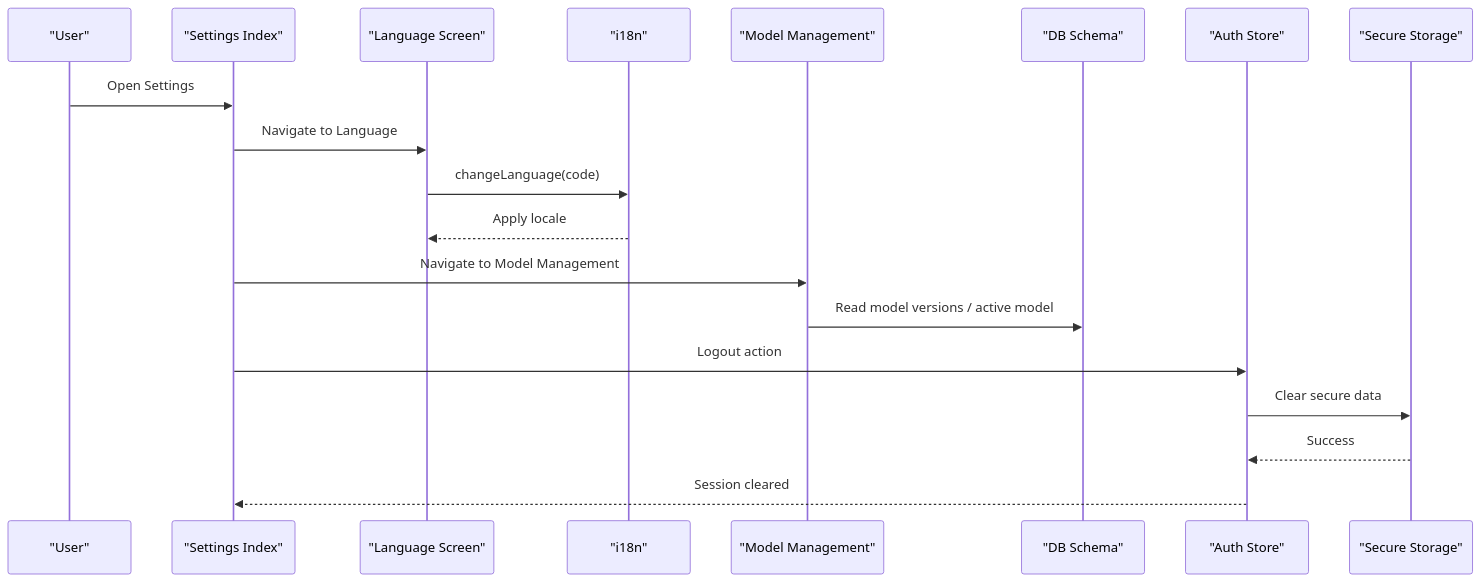
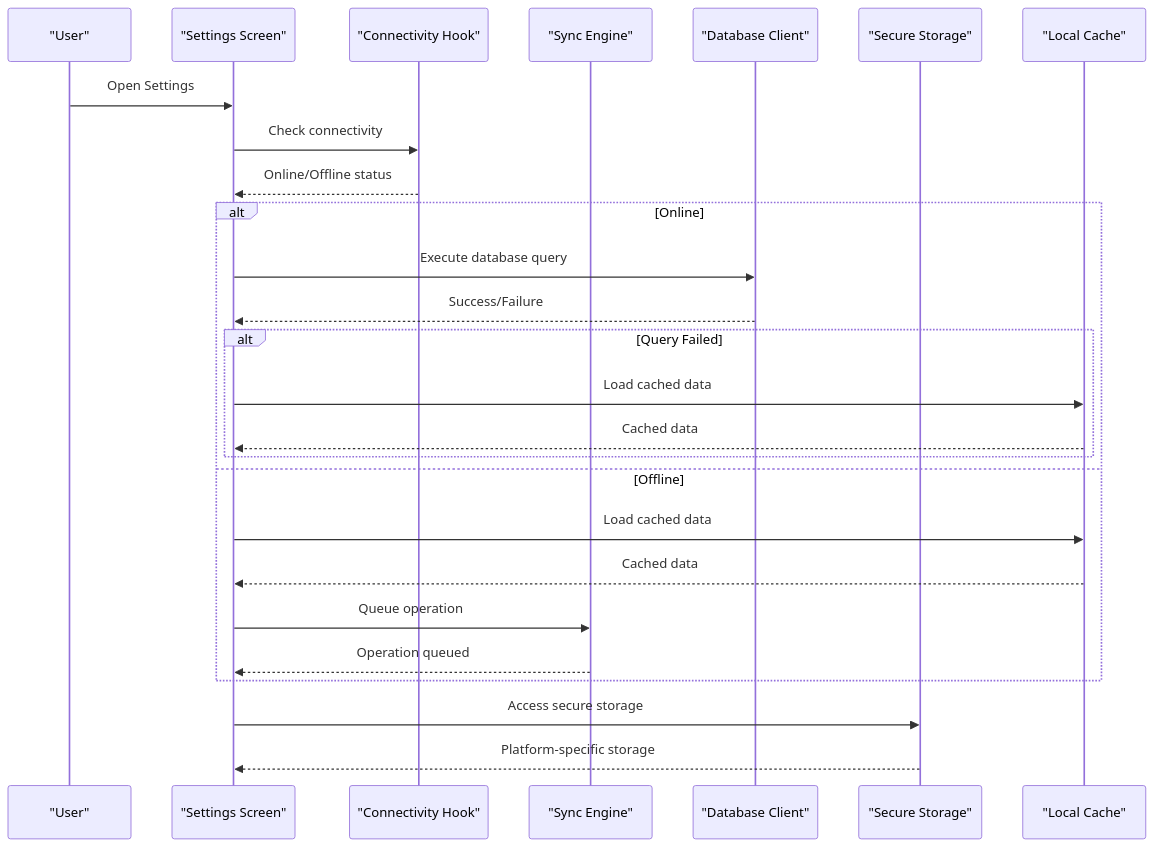
One commit to AdeelTahir-SE/DermSight changed the second of 9 diagrams in .qoder/repowiki/en/content/Settings and Configuration.md. Above: the diagram before and after it, drawn with Mermaid. The commit also changed other lines of this file and 43 other files, not shown here.

````diff
--- a/.qoder/repowiki/en/content/Settings and Configuration.md
+++ b/.qoder/repowiki/en/content/Settings and Configuration.md
@@ -123,21 +154,28 @@
 ```mermaid
 sequenceDiagram
 participant User as "User"
-participant Settings as "Settings Index"
-participant Lang as "Language Screen"
-participant I18N as "i18n"
-participant Model as "Model Management"
-participant DB as "DB Schema"
-participant Auth as "Auth Store"
+participant Settings as "Settings Screen"
+participant Conn as "Connectivity Hook"
+participant Sync as "Sync Engine"
+participant DB as "Database Client"
 participant Sec as "Secure Storage"
+participant Cache as "Local Cache"
 User->>Settings : Open Settings
-Settings->>Lang : Navigate to Language
-Lang->>I18N : changeLanguage(code)
-I18N-->>Lang : Apply locale
-Settings->>Model : Navigate to Model Management
-Model->>DB : Read model versions / active model
-Settings->>Auth : Logout action
-Auth->>Sec : Clear secure data
-Sec-->>Auth : Success
-Auth-->>Settings : Session cleared
+Settings->>Conn : Check connectivity
+Conn-->>Settings : Online/Offline status
+alt Online
+Settings->>DB : Execute database query
+DB-->>Settings : Success/Failure
+alt Query Failed
+Settings->>Cache : Load cached data
+Cache-->>Settings : Cached data
+end
+else Offline
+Settings->>Cache : Load cached data
+Cache-->>Settings : Cached data
+Settings->>Sync : Queue operation
+Sync-->>Settings : Operation queued
+end
+Settings->>Sec : Access secure storage
+Sec-->>Settings : Platform-specific storage
 ```
````
